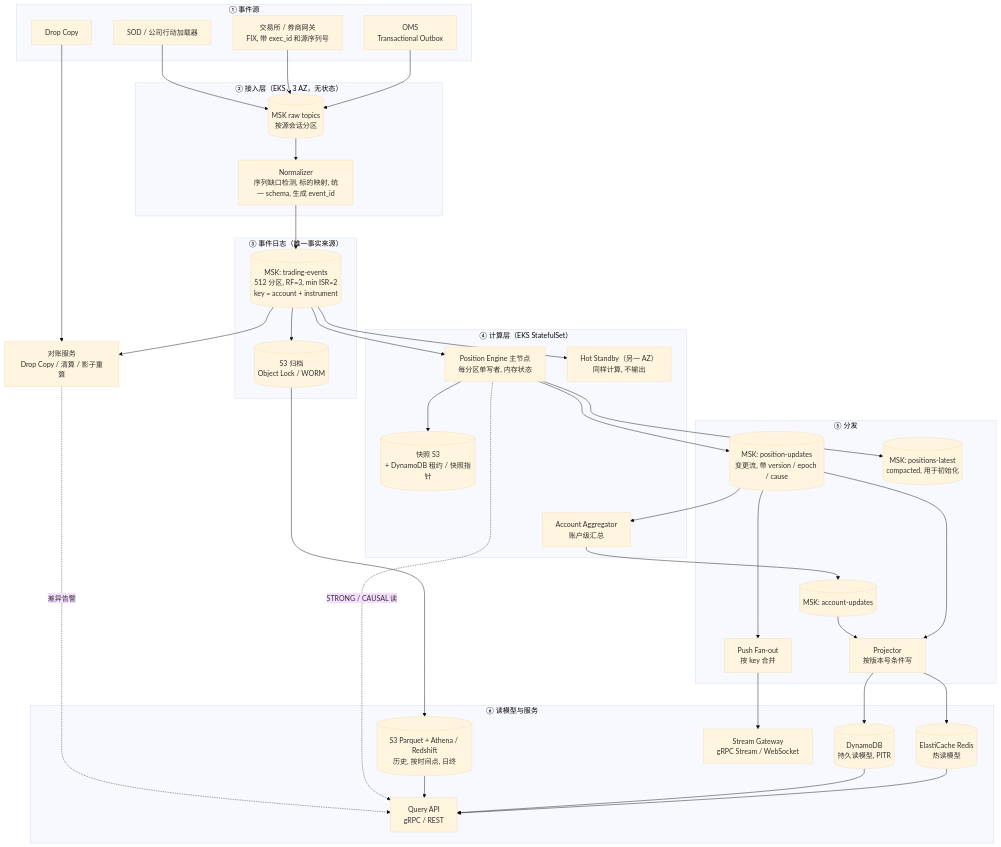
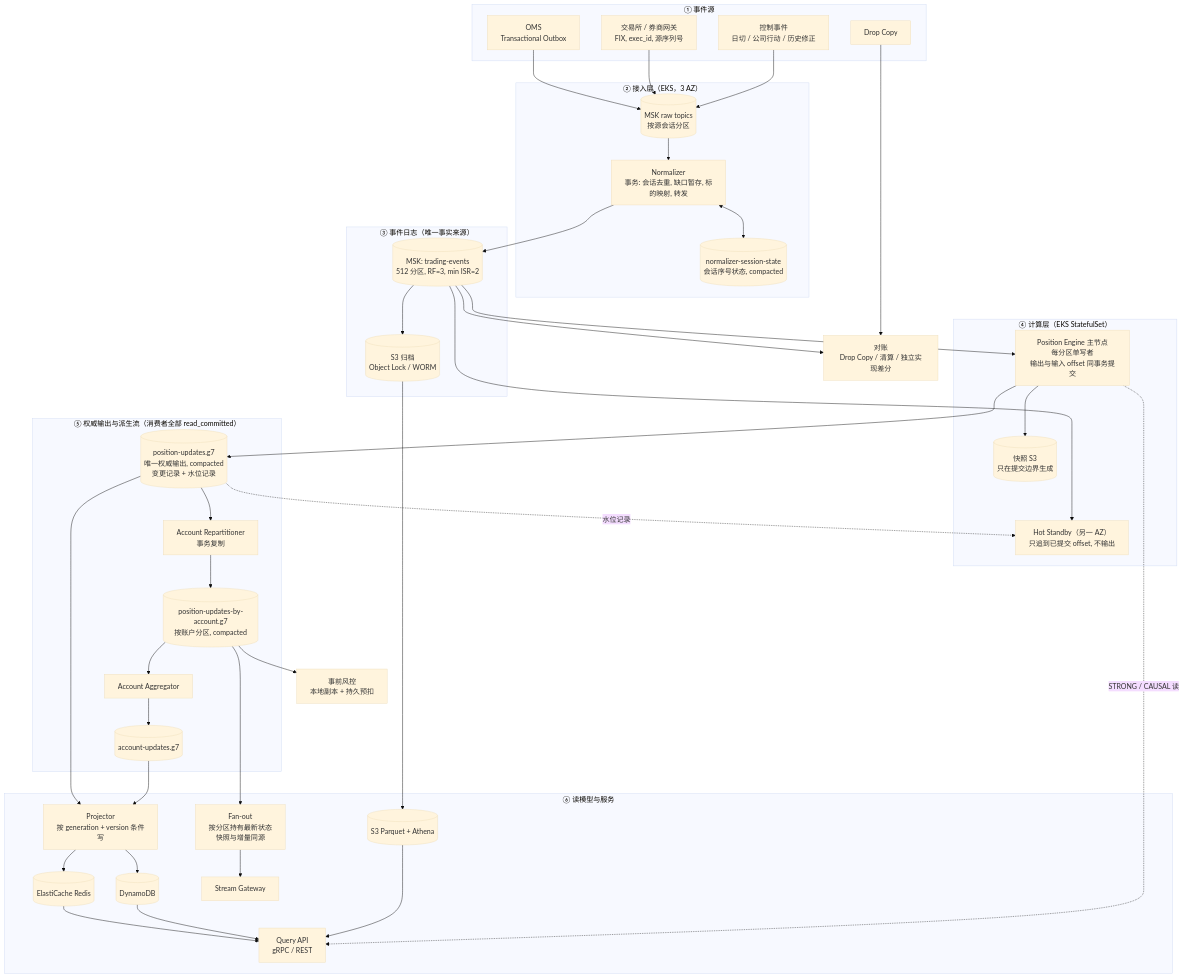
One commit to Obscurepawn/TradingSystemLearning changed the second of 9 diagrams in system_design/distributed_account_service.md. Above: the diagram before and after it, drawn with Mermaid (base theme). The commit also changed other lines of this file, not shown here.

````diff
--- a/system_design/distributed_account_service.md
+++ b/system_design/distributed_account_service.md
@@ -200,69 +255,74 @@
 ```mermaid
 flowchart TB
     subgraph SRC["① 事件源"]
         OMS["OMS<br/>Transactional Outbox"]
-        FIX["交易所 / 券商网关<br/>FIX, 带 exec_id 和源序列号"]
+        FIX["交易所 / 券商网关<br/>FIX, exec_id, 源序列号"]
         DCP["Drop Copy"]
-        SODL["SOD / 公司行动加载器"]
+        CTRL["控制事件<br/>日切 / 公司行动 / 历史修正"]
     end
 
-    subgraph ING["② 接入层（EKS，3 AZ，无状态）"]
+    subgraph ING["② 接入层（EKS，3 AZ）"]
         RAW[("MSK raw topics<br/>按源会话分区")]
-        NORM["Normalizer<br/>序列缺口检测, 标的映射, 统一 schema, 生成 event_id"]
+        NORM["Normalizer<br/>事务: 会话去重, 缺口暂存, 标的映射, 转发"]
+        NSS[("normalizer-session-state<br/>会话序号状态, compacted")]
     end
 
     subgraph LOG["③ 事件日志（唯一事实来源）"]
-        TE[("MSK: trading-events<br/>512 分区, RF=3, min ISR=2<br/>key = account + instrument")]
+        TE[("MSK: trading-events<br/>512 分区, RF=3, min ISR=2")]
         ARC[("S3 归档<br/>Object Lock / WORM")]
     end
 
     subgraph CMP["④ 计算层（EKS StatefulSet）"]
-        ENG["Position Engine 主节点<br/>每分区单写者, 内存状态"]
-        STB["Hot Standby（另一 AZ）<br/>同样计算, 不输出"]
-        AGG["Account Aggregator<br/>账户级汇总"]
-        SNAP[("快照 S3<br/>+ DynamoDB 租约 / 快照指针")]
+        ENG["Position Engine 主节点<br/>每分区单写者<br/>输出与输入 offset 同事务提交"]
+        STB["Hot Standby（另一 AZ）<br/>只追到已提交 offset, 不输出"]
+        SNAP[("快照 S3<br/>只在提交边界生成")]
     end
 
-    subgraph DIST["⑤ 分发"]
-        PU[("MSK: position-updates<br/>变更流, 带 version / epoch / cause")]
-        PL[("MSK: positions-latest<br/>compacted, 用于初始化")]
-        AU[("MSK: account-updates")]
-        PROJ["Projector<br/>按版本号条件写"]
-        FAN["Push Fan-out<br/>按 key 合并"]
+    subgraph DIST["⑤ 权威输出与派生流（消费者全部 read_committed）"]
+        PU[("position-updates.g7<br/>唯一权威输出, compacted<br/>变更记录 + 水位记录")]
+        REP["Account Repartitioner<br/>事务复制"]
+        PBA[("position-updates-by-account.g7<br/>按账户分区, compacted")]
+        AGG["Account Aggregator"]
+        AU[("account-updates.g7")]
     end
 
     subgraph SERVE["⑥ 读模型与服务"]
-        REDIS[("ElastiCache Redis<br/>热读模型")]
-        DDB[("DynamoDB<br/>持久读模型, PITR")]
-        LAKE[("S3 Parquet + Athena / Redshift<br/>历史, 按时间点, 日终")]
+        PROJ["Projector<br/>按 generation + version 条件写"]
+        REDIS[("ElastiCache Redis")]
+        DDB[("DynamoDB")]
+        FAN["Fan-out<br/>按分区持有最新状态<br/>快照与增量同源"]
+        LAKE[("S3 Parquet + Athena")]
         QAPI["Query API<br/>gRPC / REST"]
-        WSG["Stream Gateway<br/>gRPC Stream / WebSocket"]
+        WSG["Stream Gateway"]
     end
 
-    RECON["对账服务<br/>Drop Copy / 清算 / 影子重算"]
+    RISK["事前风控<br/>本地副本 + 持久预扣"]
+    RECON["对账<br/>Drop Copy / 清算 / 独立实现差分"]
 
     OMS --> RAW
     FIX --> RAW
-    SODL --> RAW
+    CTRL --> RAW
     RAW --> NORM --> TE
+    NORM <--> NSS
     TE --> ARC
     TE --> ENG
     TE --> STB
     ENG --> SNAP
     ENG --> PU
-    ENG --> PL
-    PU --> AGG --> AU
+    PU -. "水位记录" .-> STB
     PU --> PROJ
+    PU --> REP --> PBA
+    PBA --> AGG --> AU
     AU --> PROJ
     PROJ --> REDIS
     PROJ --> DDB
-    PU --> FAN --> WSG
+    PBA --> FAN --> WSG
+    PBA --> RISK
     ARC --> LAKE
     REDIS --> QAPI
     DDB --> QAPI
     LAKE --> QAPI
     ENG -. "STRONG / CAUSAL 读" .-> QAPI
     DCP --> RECON
     TE --> RECON
-    RECON -. "差异告警" .-> QAPI
 ```
````
